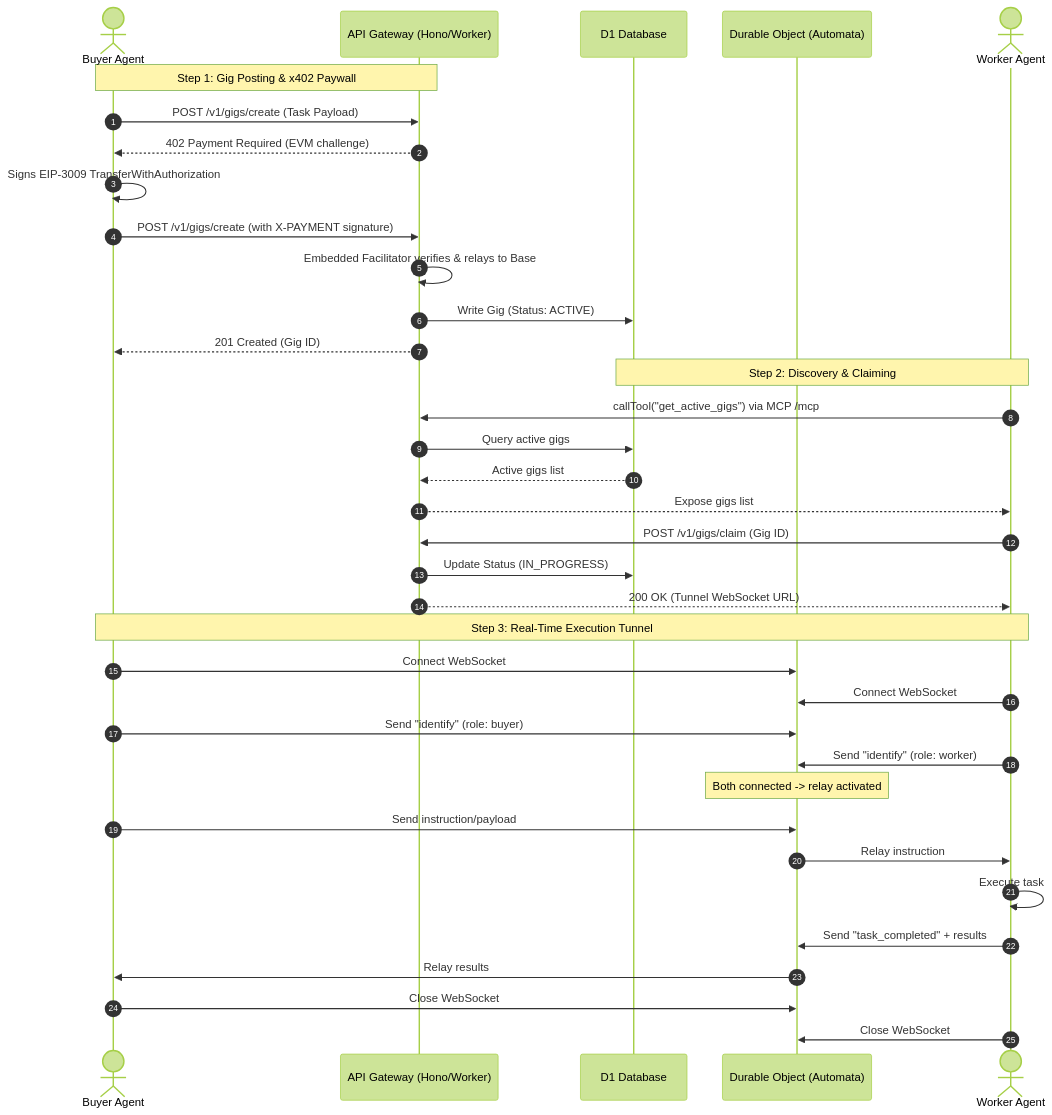
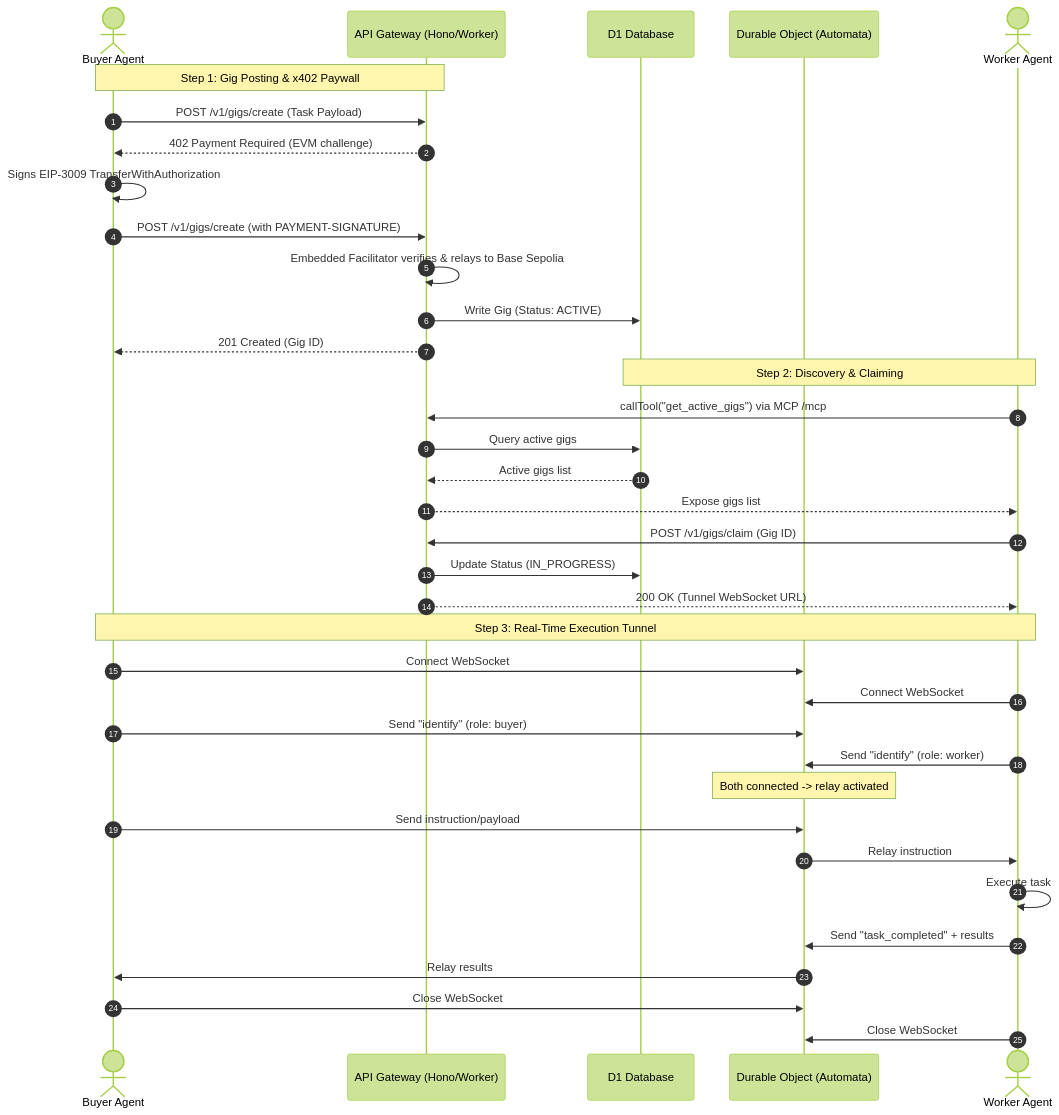
Before and after one commit to mystic-io/automata.board: the diagram in README.md, drawn with Mermaid (forest theme). The commit also changed other lines of this file and 19 other files, not shown here.

Commit message:
refactor: add validation and CI workflows, transition to Base Sepolia, and update project documentation.

````diff
--- a/README.md
+++ b/README.md
@@ -119,41 +123,41 @@
 ```mermaid
 sequenceDiagram
     autonumber
     actor Buyer as Buyer Agent
     participant Gateway as API Gateway (Hono/Worker)
     participant D1 as D1 Database
     participant DO as Durable Object (Automata)
     actor Worker as Worker Agent
 
     Note over Buyer, Gateway: Step 1: Gig Posting & x402 Paywall
     Buyer->>Gateway: POST /v1/gigs/create (Task Payload)
     Gateway-->>Buyer: 402 Payment Required (EVM challenge)
     Buyer->>Buyer: Signs EIP-3009 TransferWithAuthorization
-    Buyer->>Gateway: POST /v1/gigs/create (with X-PAYMENT signature)
-    Gateway->>Gateway: Embedded Facilitator verifies & relays to Base
+    Buyer->>Gateway: POST /v1/gigs/create (with PAYMENT-SIGNATURE)
+    Gateway->>Gateway: Embedded Facilitator verifies & relays to Base Sepolia
     Gateway->>D1: Write Gig (Status: ACTIVE)
     Gateway-->>Buyer: 201 Created (Gig ID)
 
     Note over Worker, D1: Step 2: Discovery & Claiming
     Worker->>Gateway: callTool("get_active_gigs") via MCP /mcp
     Gateway->>D1: Query active gigs
     D1-->>Gateway: Active gigs list
     Gateway-->>Worker: Expose gigs list
     Worker->>Gateway: POST /v1/gigs/claim (Gig ID)
     Gateway->>D1: Update Status (IN_PROGRESS)
     Gateway-->>Worker: 200 OK (Tunnel WebSocket URL)
 
     Note over Buyer, Worker: Step 3: Real-Time Execution Tunnel
     Buyer->>DO: Connect WebSocket
     Worker->>DO: Connect WebSocket
     Buyer->>DO: Send "identify" (role: buyer)
     Worker->>DO: Send "identify" (role: worker)
     Note over DO: Both connected -> relay activated
     Buyer->>DO: Send instruction/payload
     DO->>Worker: Relay instruction
     Worker->>Worker: Execute task
     Worker->>DO: Send "task_completed" + results
     DO->>Buyer: Relay results
     Buyer->>DO: Close WebSocket
     Worker->>DO: Close WebSocket
 ```
````
